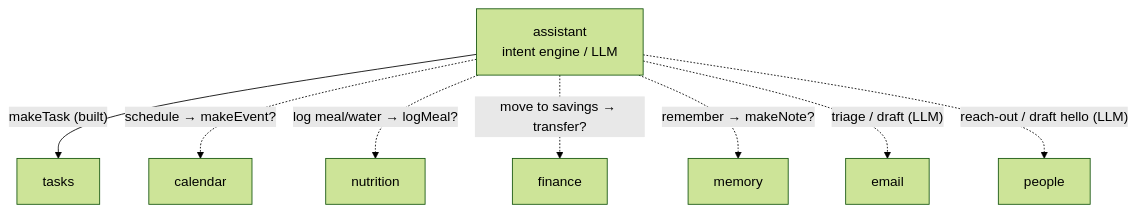
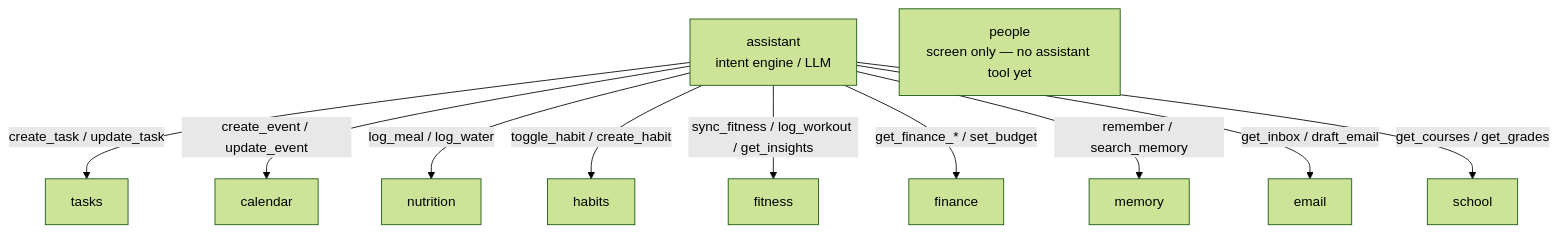
One commit to daschempp/ScuffedOS changed the second of 3 diagrams in docs/backend-overview.md. Above: the diagram before and after it, drawn with Mermaid (forest theme). The commit also changed other lines of this file and 7 other files, not shown here.

````diff
--- a/docs/backend-overview.md
+++ b/docs/backend-overview.md
@@ -89,11 +103,14 @@
 ```mermaid
 flowchart TD
     A["assistant<br/>intent engine / LLM"]
-    A -->|"makeTask (built)"| T["tasks"]
-    A -. "schedule → makeEvent?" .-> C["calendar"]
-    A -. "log meal/water → logMeal?" .-> N["nutrition"]
-    A -. "move to savings → transfer?" .-> F["finance"]
-    A -. "remember → makeNote?" .-> M["memory"]
-    A -. "triage / draft (LLM)" .-> E["email"]
-    A -. "reach-out / draft hello (LLM)" .-> P["people"]
+    A -->|"create_task / update_task"| T["tasks"]
+    A -->|"create_event / update_event"| C["calendar"]
+    A -->|"log_meal / log_water"| N["nutrition"]
+    A -->|"toggle_habit / create_habit"| H["habits"]
+    A -->|"sync_fitness / log_workout / get_insights"| Fi["fitness"]
+    A -->|"get_finance_* / set_budget"| F["finance"]
+    A -->|"remember / search_memory"| M["memory"]
+    A -->|"get_inbox / draft_email"| E["email"]
+    A -->|"get_courses / get_grades"| Sc["school"]
+    P["people<br/>screen only — no assistant tool yet"]
 ```
````
